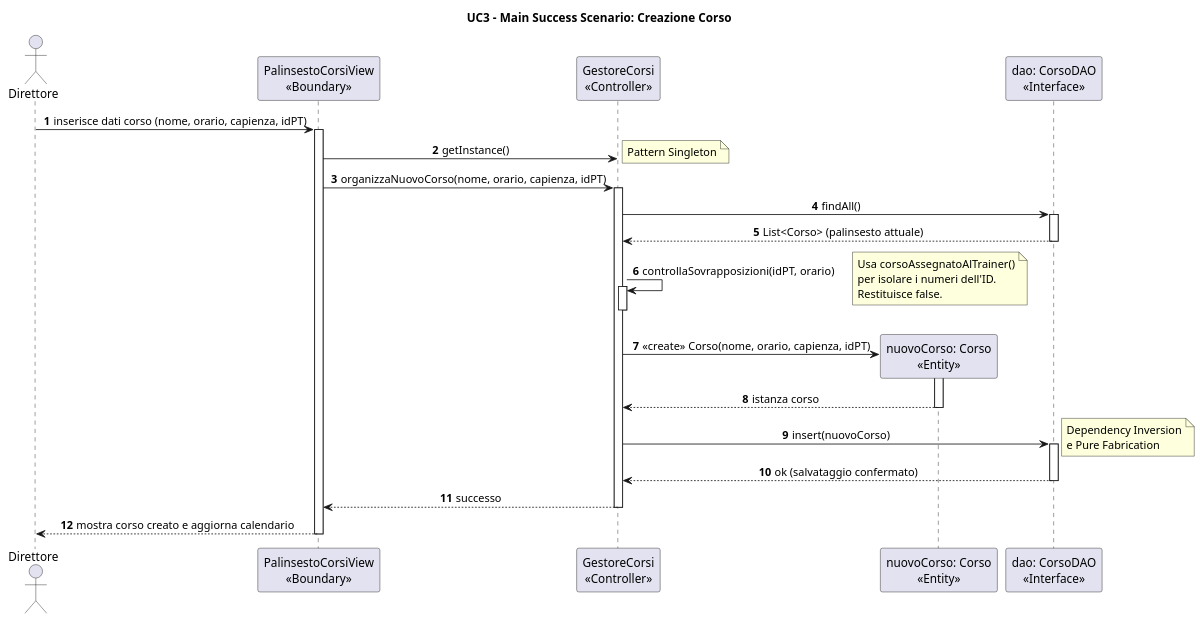
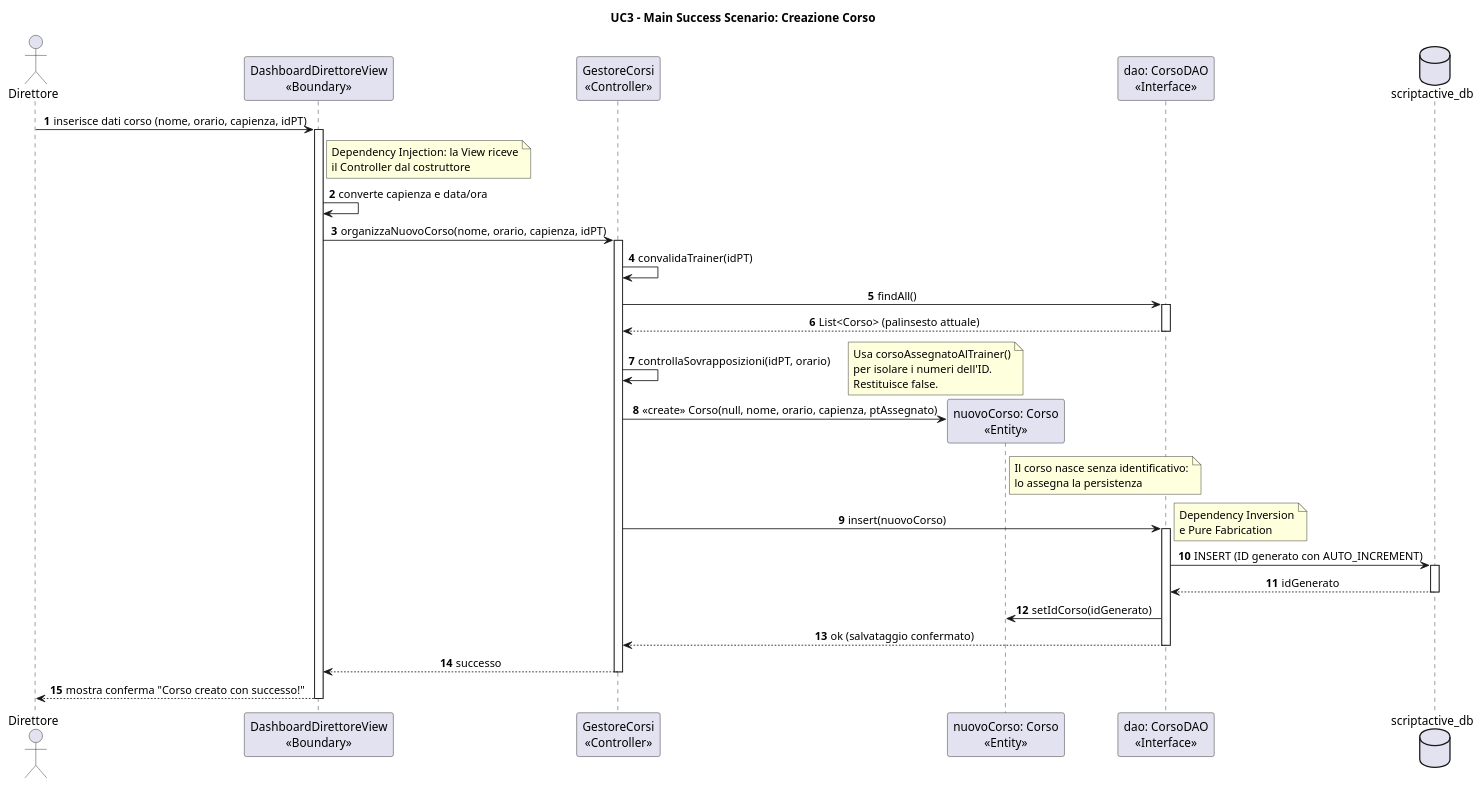
Before and after one commit to svilu999/Progetto-ScriptActive: the first of 3 diagrams in ScriptActive/Documenti/08. Diagrammi di Sequenza/DSequenzaUC3.puml, drawn with PlantUML. The commit also changed other lines of this file and 33 other files, not shown here.

First line of the commit message:
Allinea i diagrammi UML al codice attuale

```diff
--- a/ScriptActive/Documenti/08. Diagrammi di Sequenza/DSequenzaUC3.puml
+++ b/ScriptActive/Documenti/08. Diagrammi di Sequenza/DSequenzaUC3.puml
@@ -2,62 +7,61 @@
-@startuml
+@startuml DSequenzaUC3Main
 skinparam monochrome false
 skinparam packageStyle rectangle
 skinparam sequenceMessageAlign center
 
+title UC3 - Main Success Scenario: Creazione Corso
+autonumber
 
-title UC3 - Main Success Scenario: Creazione Corso
-
-
-autonumber
 actor "Direttore" as D
-participant "PalinsestoCorsiView\n<<Boundary>>" as V
+participant "DashboardDirettoreView\n<<Boundary>>" as V
 participant "GestoreCorsi\n<<Controller>>" as C
 participant "nuovoCorso: Corso\n<<Entity>>" as E
 participant "dao: CorsoDAO\n<<Interface>>" as DAO
-
+database "scriptactive_db" as DB
 
 D -> V : inserisce dati corso (nome, orario, capienza, idPT)
 activate V
 
-
-V -> C : getInstance()
-note right: Pattern Singleton
-
+note right of V
+  Dependency Injection: la View riceve
+  il Controller dal costruttore
+end note
+V -> V : converte capienza e data/ora
 
 V -> C : organizzaNuovoCorso(nome, orario, capienza, idPT)
 activate C
 
+C -> C : convalidaTrainer(idPT)
 
 C -> DAO : findAll()
 activate DAO
 DAO --> C : List<Corso> (palinsesto attuale)
 deactivate DAO
 
-
 C -> C : controllaSovrapposizioni(idPT, orario)
-activate C
 note right: Usa corsoAssegnatoAlTrainer()\nper isolare i numeri dell'ID.\nRestituisce false.
-deactivate C
-
 
 create E
-C -> E : <<create>> Corso(nome, orario, capienza, idPT)
-activate E
-E --> C : istanza corso
-deactivate E
-
+C -> E : <<create>> Corso(null, nome, orario, capienza, ptAssegnato)
+note right of E
+  Il corso nasce senza identificativo:
+  lo assegna la persistenza
+end note
 
 C -> DAO : insert(nuovoCorso)
 activate DAO
 note right: Dependency Inversion\ne Pure Fabrication
+DAO -> DB : INSERT (ID generato con AUTO_INCREMENT)
+activate DB
+DB --> DAO : idGenerato
+deactivate DB
+DAO -> E : setIdCorso(idGenerato)
 DAO --> C : ok (salvataggio confermato)
 deactivate DAO
 
-
 C --> V : successo
 deactivate C
-V --> D : mostra corso creato e aggiorna calendario
+
+V --> D : mostra conferma "Corso creato con successo!"
 deactivate V
-
-
 @enduml
```
